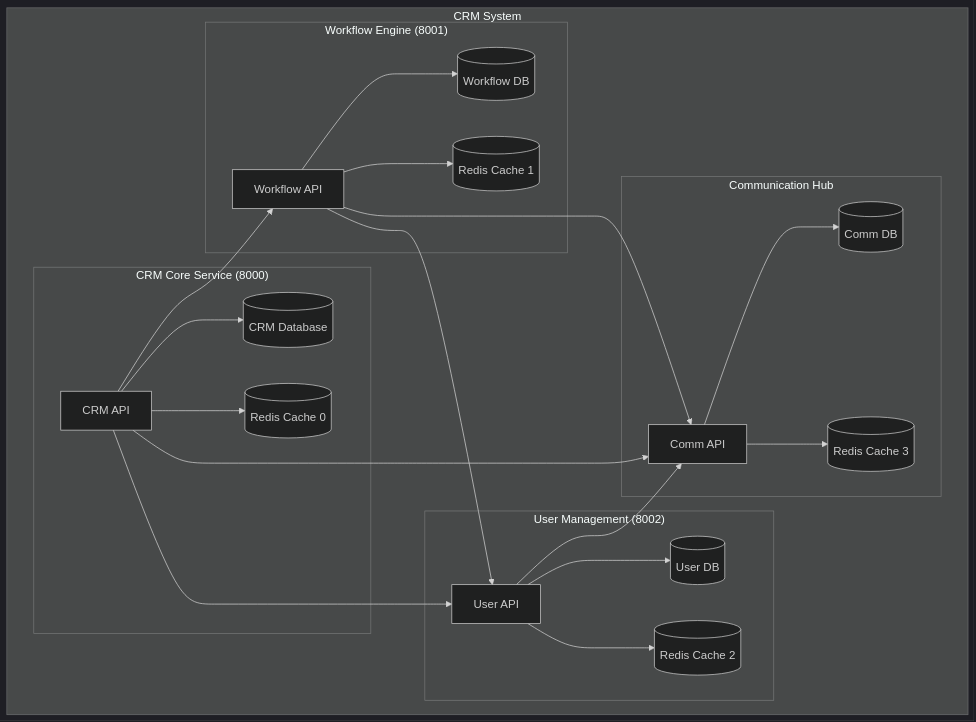
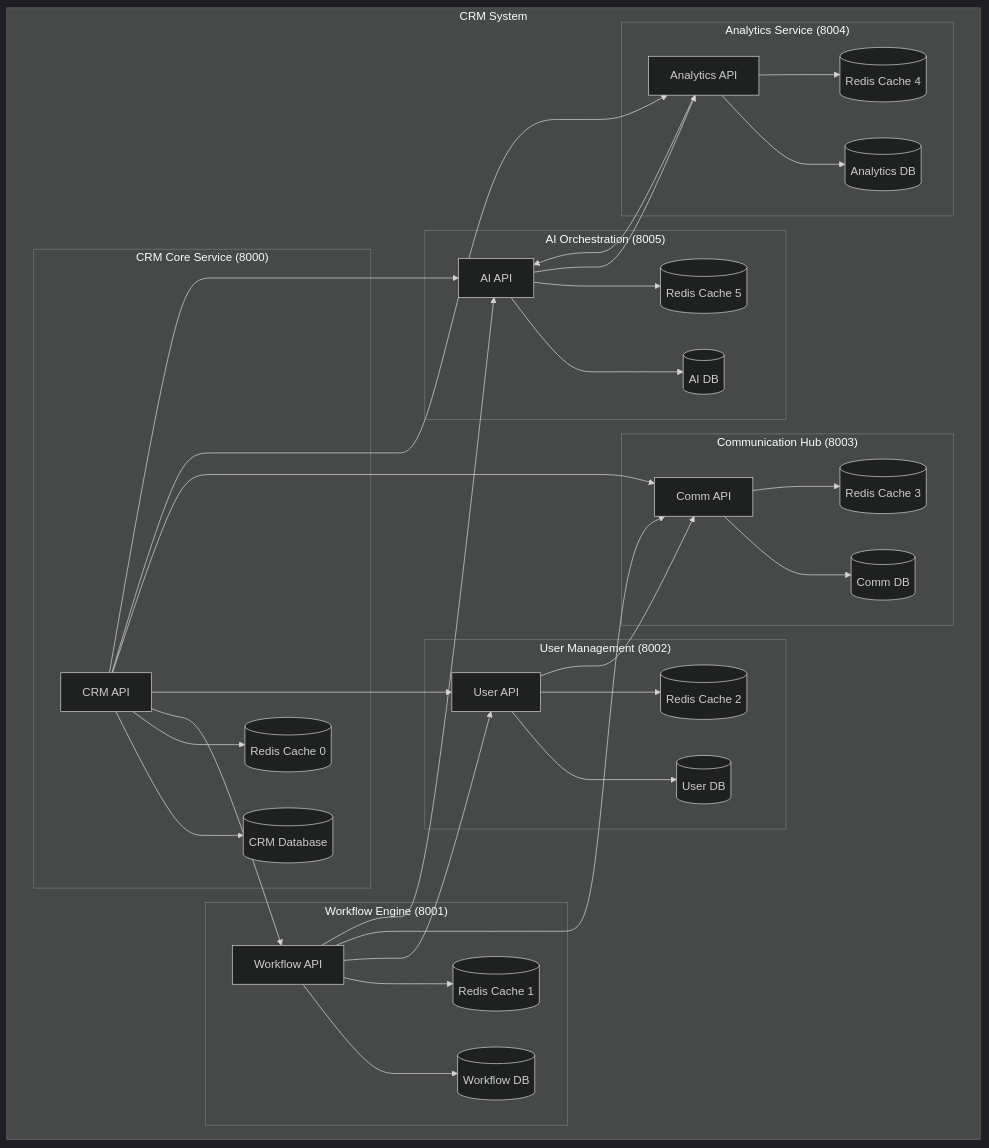
Before and after one commit to danhngo/intelligence-crm: the diagram in docs/system-topology.md, drawn with Mermaid (dark theme). The commit also changed other lines of this file and 37 other files, not shown here.

````diff
--- a/docs/system-topology.md
+++ b/docs/system-topology.md
@@ -5,46 +5,67 @@
 ```mermaid
 flowchart TB
     subgraph system["CRM System"]
         subgraph crm_core["CRM Core Service (8000)"]
             crm_api["CRM API"]
             crm_db[(CRM Database)]
             crm_redis[(Redis Cache 0)]
         end
 
         subgraph workflow["Workflow Engine (8001)"]
             wf_api["Workflow API"]
             wf_db[(Workflow DB)]
             wf_redis[(Redis Cache 1)]
         end
 
         subgraph user_mgmt["User Management (8002)"]
             user_api["User API"]
             user_db[(User DB)]
             user_redis[(Redis Cache 2)]
         end
 
-        subgraph comm_hub["Communication Hub"]
+        subgraph comm_hub["Communication Hub (8003)"]
             comm_api["Comm API"]
             comm_db[(Comm DB)]
             comm_redis[(Redis Cache 3)]
+        end
+
+        subgraph analytics["Analytics Service (8004)"]
+            analytics_api["Analytics API"]
+            analytics_db[(Analytics DB)]
+            analytics_redis[(Redis Cache 4)]
+        end
+
+        subgraph ai_orchestration["AI Orchestration (8005)"]
+            ai_api["AI API"]
+            ai_db[(AI DB)]
+            ai_redis[(Redis Cache 5)]
         end
 
         %% Database connections
         crm_api --> crm_db
         crm_api --> crm_redis
         wf_api --> wf_db
         wf_api --> wf_redis
         user_api --> user_db
         user_api --> user_redis
         comm_api --> comm_db
         comm_api --> comm_redis
+        analytics_api --> analytics_db
+        analytics_api --> analytics_redis
+        ai_api --> ai_db
+        ai_api --> ai_redis
 
         %% Service interactions
         crm_api --> wf_api
         crm_api --> user_api
         crm_api --> comm_api
+        crm_api --> analytics_api
+        crm_api --> ai_api
         wf_api --> user_api
         wf_api --> comm_api
+        wf_api --> ai_api
         user_api --> comm_api
+        analytics_api --> ai_api
+        ai_api --> analytics_api
     end
 ```
````
